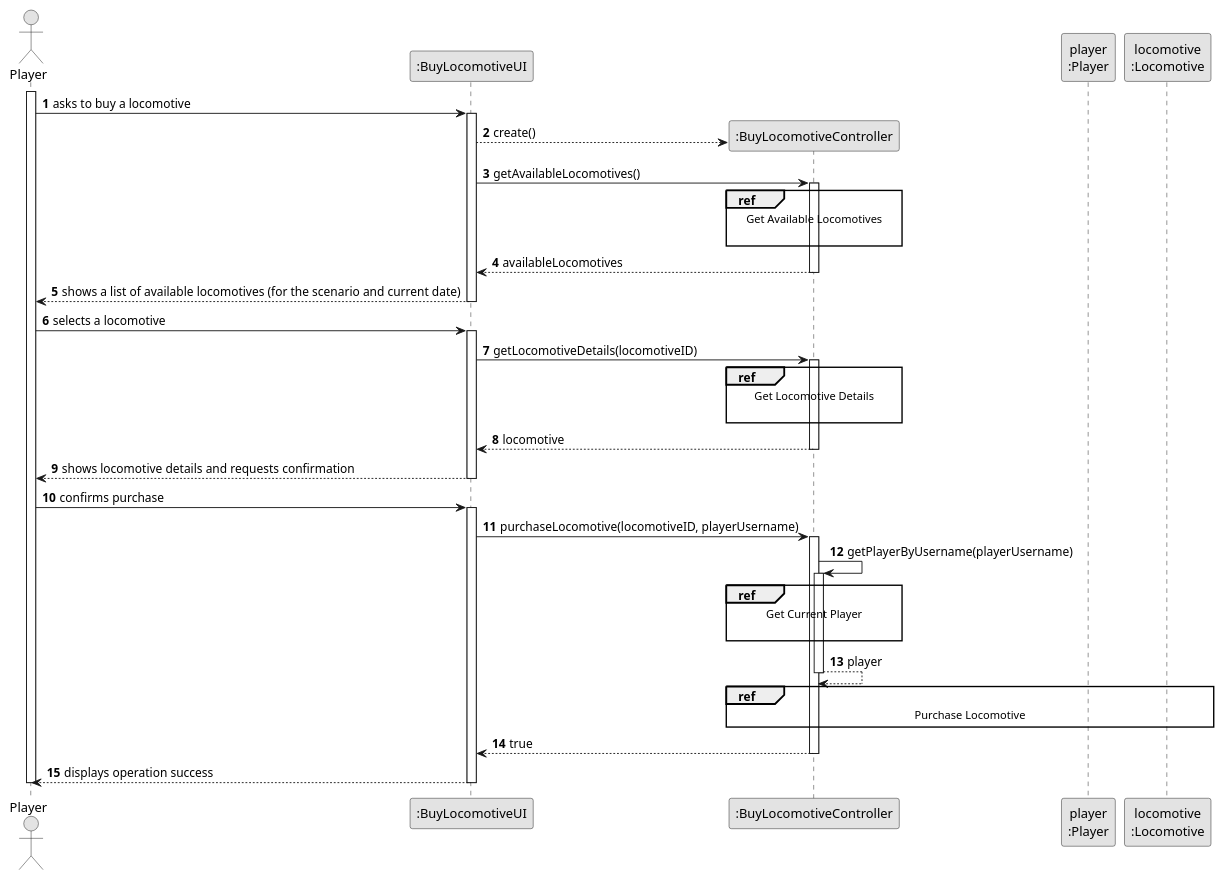
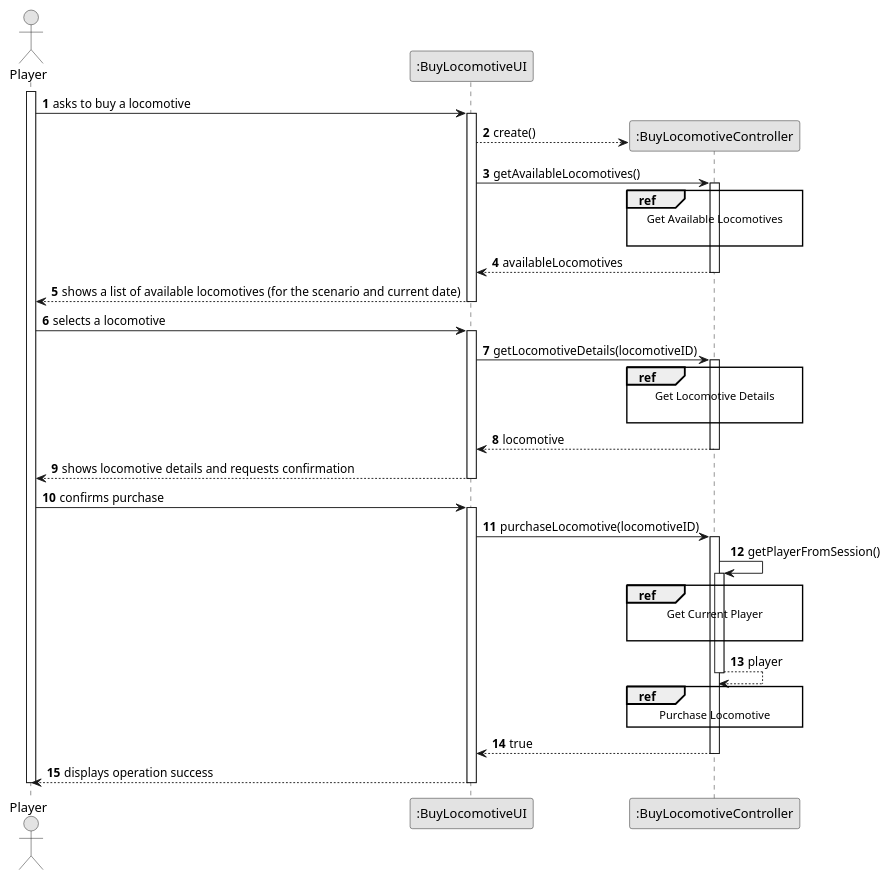
One commit to HenriqueSilva18/Railway-Network-Simulator changed the diagram in docs/system-documentation/Sprint 2/US09/03.design/puml/US09-SD-split.puml. Above: the diagram before and after it, drawn with PlantUML. The commit also changed 4 other files, not shown here.

```diff
--- a/docs/system-documentation/Sprint 2/US09/03.design/puml/US09-SD-split.puml
+++ b/docs/system-documentation/Sprint 2/US09/03.design/puml/US09-SD-split.puml
@@ -1,80 +1,78 @@
 @startuml
 skinparam monochrome true
 skinparam packageStyle rectangle
 skinparam shadowing false
 
 autonumber
 
 'hide footbox
 actor "Player" as PLAYER_ACTOR
 
 participant ":BuyLocomotiveUI" as UI
 participant ":BuyLocomotiveController" as CTRL
-participant "player\n:Player" as PLAYER
-participant "locomotive\n:Locomotive" as LOCOMOTIVE
 
 activate PLAYER_ACTOR
 
     PLAYER_ACTOR -> UI : asks to buy a locomotive
 
     activate UI
 
         UI --> CTRL** : create()
         UI -> CTRL : getAvailableLocomotives()
         ref over CTRL
             Get Available Locomotives
 
         end ref
 
         activate CTRL
 
             CTRL --> UI : availableLocomotives
         deactivate CTRL
 
         UI --> PLAYER_ACTOR : shows a list of available locomotives (for the scenario and current date)
     deactivate UI
 
     PLAYER_ACTOR -> UI : selects a locomotive
     activate UI
 
         UI -> CTRL : getLocomotiveDetails(locomotiveID)
         activate CTRL
             ref over CTRL
                 Get Locomotive Details
 
             end ref
             CTRL --> UI : locomotive
         deactivate CTRL
 
         UI --> PLAYER_ACTOR : shows locomotive details and requests confirmation
     deactivate UI
 
     PLAYER_ACTOR -> UI : confirms purchase
     activate UI
 
-        UI -> CTRL : purchaseLocomotive(locomotiveID, playerUsername)
+        UI -> CTRL : purchaseLocomotive(locomotiveID)
         activate CTRL
 
-            CTRL -> CTRL : getPlayerByUsername(playerUsername)
+            CTRL -> CTRL : getPlayerFromSession()
             activate CTRL
 
                 ref over CTRL
                     Get Current Player
 
                 end ref
                 CTRL --> CTRL : player
             deactivate CTRL
 
-            ref over CTRL, PLAYER, LOCOMOTIVE
+            ref over CTRL
                 Purchase Locomotive
             end ref
 
             CTRL --> UI : true
         deactivate CTRL
 
         UI --> PLAYER_ACTOR : displays operation success
     deactivate UI
 
 deactivate PLAYER_ACTOR
 
 @enduml 
```
